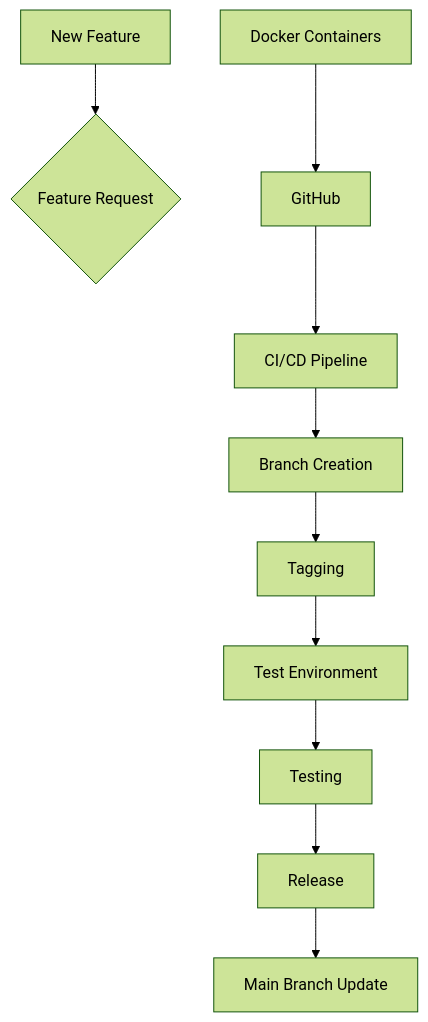
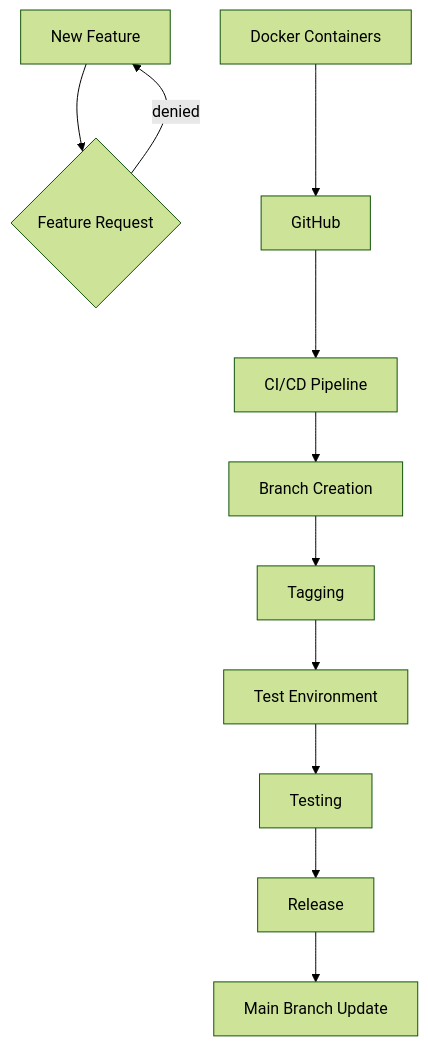
Before and after one commit to binaryloom/TaskManagementSystem: the third of 3 diagrams in docs/project_archetecture.md, drawn with Mermaid (forest theme).

Commit message:
Mar 3, 2024, 10:36 PM

````diff
--- a/docs/project_archetecture.md
+++ b/docs/project_archetecture.md
@@ -43,12 +43,13 @@
 ```mermaid
 graph TD;
     new_feature["New Feature"] --> feature_request{Feature Request}
+    feature_request --> |denied| new_feature
     A[Docker Containers] --> B[GitHub];
     B --> C[CI/CD Pipeline];
     C --> D[Branch Creation];
     D --> E[Tagging];
     E --> F[Test Environment];
     F --> G[Testing];
     G --> H[Release];
     H --> I[Main Branch Update];
 ```
````
